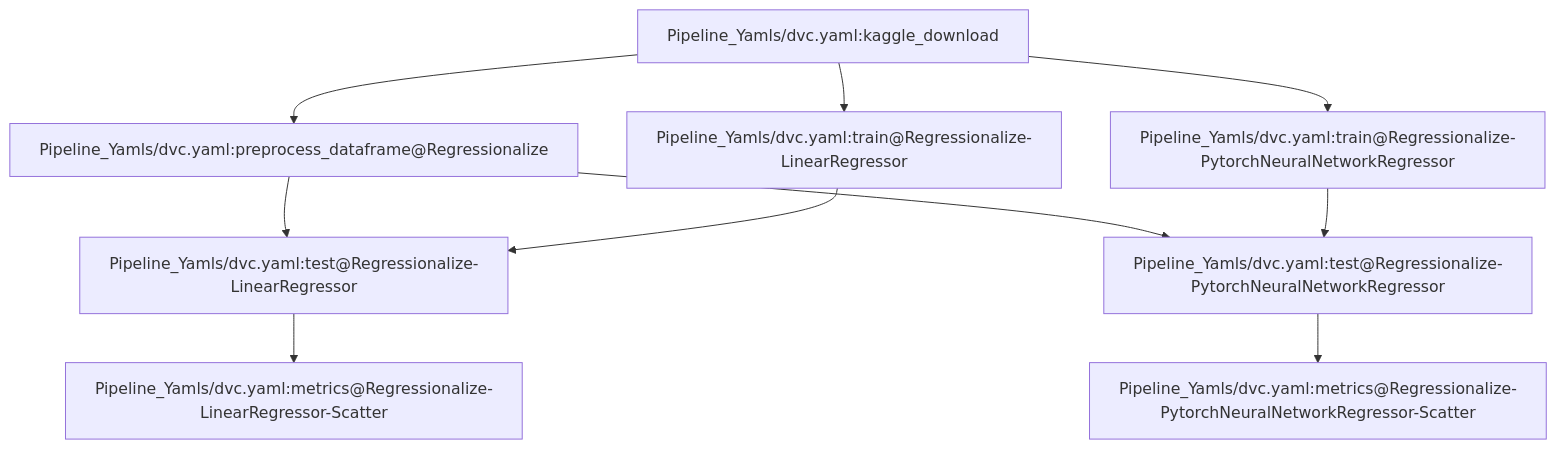
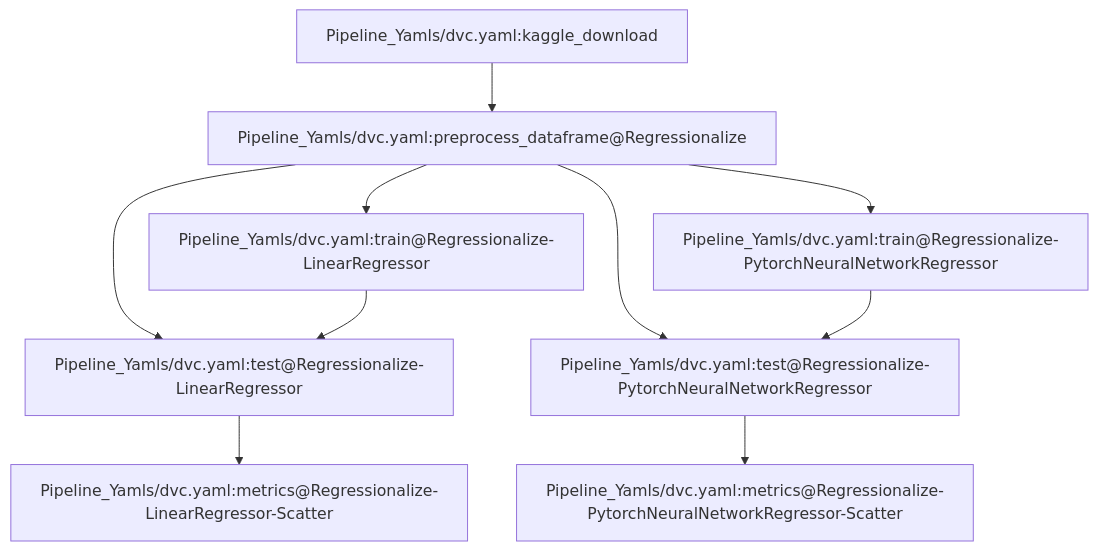
The diagram in README.md (bradygilg/jane_kaggle), drawn with Mermaid before and after one commit. The commit also changed 28 other files, not shown here.

````diff
--- a/README.md
+++ b/README.md
@@ -39,20 +39,20 @@
 ```mermaid
 flowchart TD
 	node1["Pipeline_Yamls/dvc.yaml:kaggle_download"]
 	node2["Pipeline_Yamls/dvc.yaml:metrics@Regressionalize-LinearRegressor-Scatter"]
 	node3["Pipeline_Yamls/dvc.yaml:metrics@Regressionalize-PytorchNeuralNetworkRegressor-Scatter"]
 	node4["Pipeline_Yamls/dvc.yaml:preprocess_dataframe@Regressionalize"]
 	node5["Pipeline_Yamls/dvc.yaml:test@Regressionalize-LinearRegressor"]
 	node6["Pipeline_Yamls/dvc.yaml:test@Regressionalize-PytorchNeuralNetworkRegressor"]
 	node7["Pipeline_Yamls/dvc.yaml:train@Regressionalize-LinearRegressor"]
 	node8["Pipeline_Yamls/dvc.yaml:train@Regressionalize-PytorchNeuralNetworkRegressor"]
 	node1-->node4
-	node1-->node7
-	node1-->node8
 	node4-->node5
 	node4-->node6
+	node4-->node7
+	node4-->node8
 	node5-->node2
 	node6-->node3
 	node7-->node5
 	node8-->node6
 ```
````
